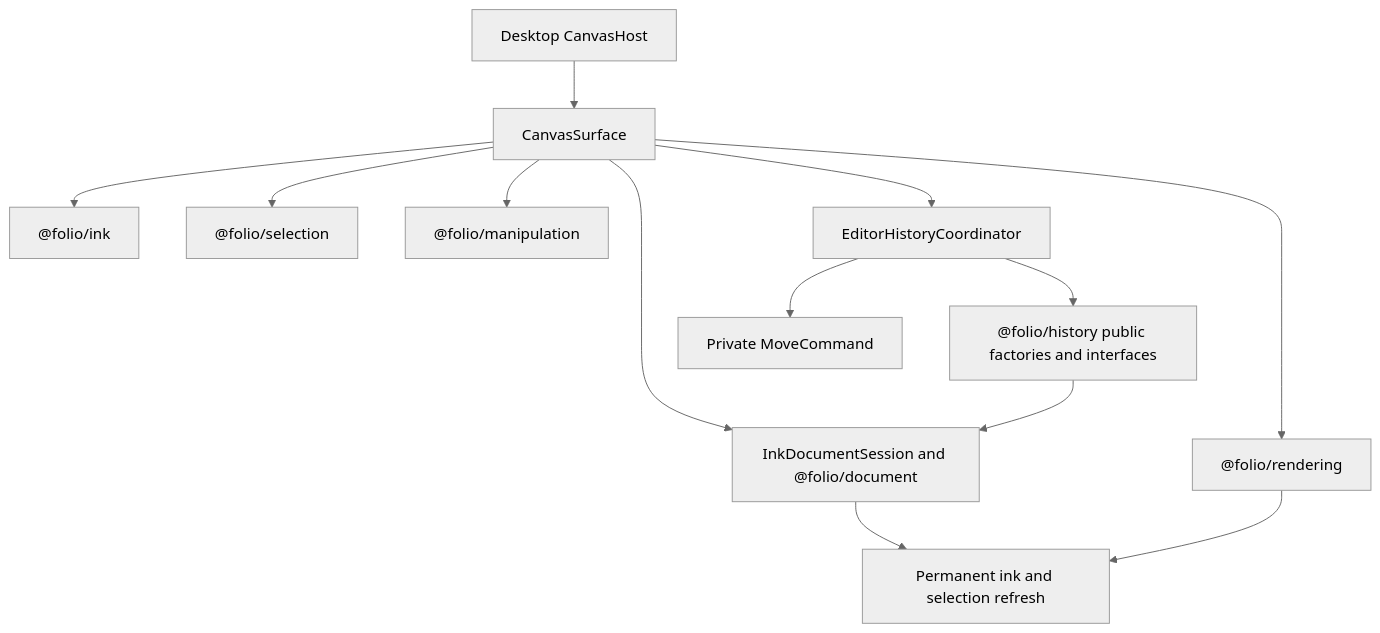
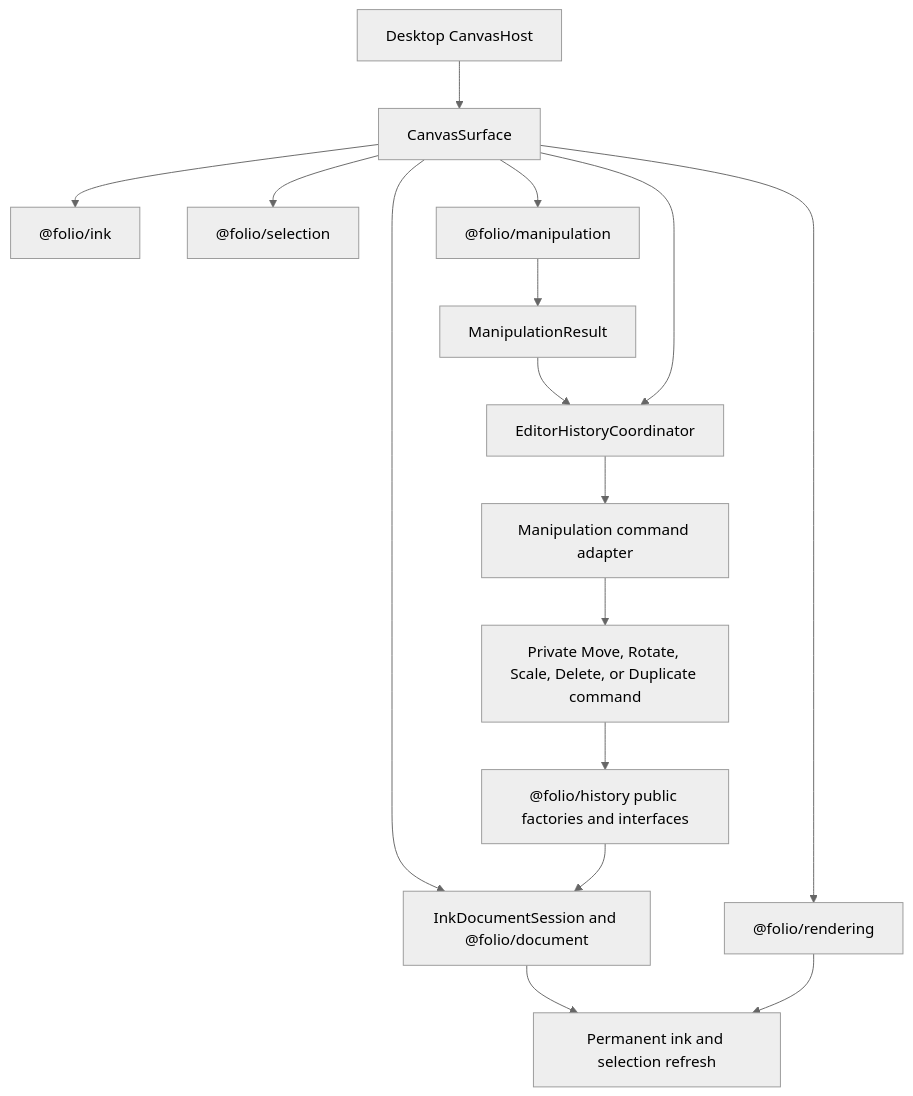
Before and after one commit to ritikpandey1981/digital-notes: the first of 2 diagrams in packages/editor/README.md, drawn with Mermaid (neutral theme). The commit also changed other lines of this file and 75 other files, not shown here.

````diff
--- a/packages/editor/README.md
+++ b/packages/editor/README.md
@@ -22,15 +23,18 @@
 ```mermaid
 flowchart TD
     Host["Desktop CanvasHost"] --> Surface["CanvasSurface"]
     Surface --> Rendering["@folio/rendering"]
     Surface --> Ink["@folio/ink"]
     Surface --> Document["InkDocumentSession and @folio/document"]
     Surface --> Selection["@folio/selection"]
     Surface --> Manipulation["@folio/manipulation"]
-    Surface --> Coordinator["EditorHistoryCoordinator"]
-    Coordinator --> History["@folio/history public factories and interfaces"]
-    Coordinator --> Move["Private MoveCommand"]
+    Manipulation --> Result["ManipulationResult"]
+    Result --> Coordinator["EditorHistoryCoordinator"]
+    Surface --> Coordinator
+    Coordinator --> Adapter["Manipulation command adapter"]
+    Adapter --> Commands["Private Move, Rotate, Scale, Delete, or Duplicate command"]
+    Commands --> History["@folio/history public factories and interfaces"]
     History --> Document
     Document --> Refresh["Permanent ink and selection refresh"]
     Rendering --> Refresh
 ```
````
